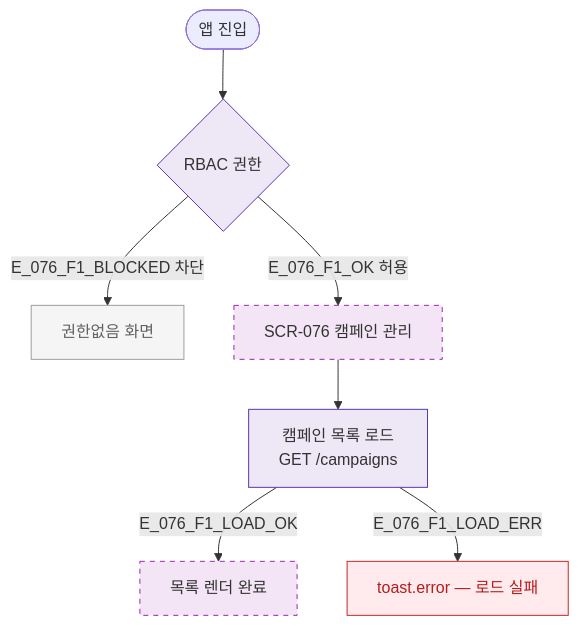
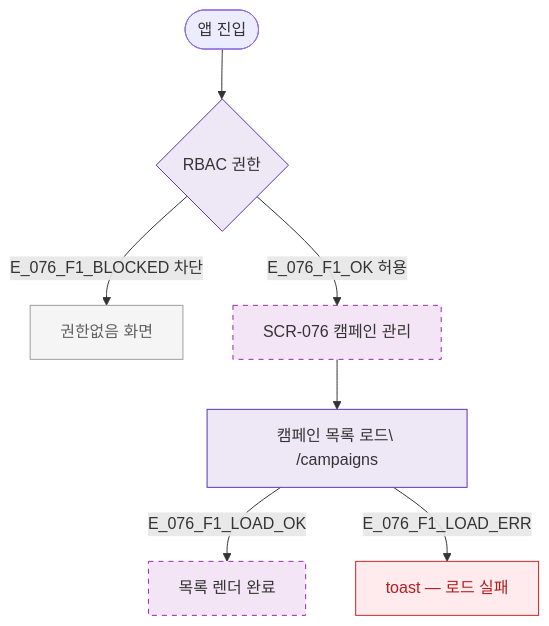
One commit to dev-spogym/admin-pando changed the diagram in docs/다이어그램/D08_마케팅/SCR-076_캠페인관리/F1_진입플로우.md. Above: the diagram before and after it, drawn with Mermaid. The commit also changed other lines of this file and 1660 other files, not shown here.

First line of the commit message:
다이어그램: 기획자/클라이언트 납품본으로 정리

````diff
--- a/docs/다이어그램/D08_마케팅/SCR-076_캠페인관리/F1_진입플로우.md
+++ b/docs/다이어그램/D08_마케팅/SCR-076_캠페인관리/F1_진입플로우.md
@@ -14,20 +12,20 @@
 ```mermaid
 flowchart TD
   START([앱 진입]) --> AUTH{RBAC 권한}
-  AUTH -->|E_076_F1_BLOCKED 차단| BLOCKED[권한없음 화면]
-  AUTH -->|E_076_F1_OK 허용| SCR_076[SCR-076 캠페인 관리]
+  AUTH -->|E_076_F1_BLOCKED 차단|BLOCKED[권한없음 화면]
+  AUTH -->|E_076_F1_OK 허용|SCR_076[SCR-076 캠페인 관리]
 
-  SCR_076 --> LOAD[캠페인 목록 로드\nGET /campaigns]
-  LOAD -->|E_076_F1_LOAD_OK| READY[목록 렌더 완료]
-  LOAD -->|E_076_F1_LOAD_ERR| ERR[toast.error — 로드 실패]
+  SCR_076 --> LOAD[캠페인 목록 로드\ /campaigns]
+  LOAD -->|E_076_F1_LOAD_OK|READY[목록 렌더 완료]
+  LOAD -->|E_076_F1_LOAD_ERR|ERR[toast — 로드 실패]
 
-  classDef newFeature  fill:#F3E5F5,stroke:#9C27B0,stroke-dasharray:5 5
-  classDef error       fill:#FFEBEE,stroke:#C62828,color:#B71C1C
+  classDef newFeature fill:#F3E5F5,stroke:#9C27B0,stroke-dasharray:5 5
+  classDef error fill:#FFEBEE,stroke:#C62828,color:#B71C1C
   classDef rbacBlocked fill:#F5F5F5,stroke:#9E9E9E,color:#616161
-  classDef system      fill:#EDE7F6,stroke:#5E35B2
+  classDef system fill:#EDE7F6,stroke:#5E35B2
 
   class SCR_076,READY newFeature
   class BLOCKED rbacBlocked
   class ERR error
   class AUTH,LOAD system
 ```
````
